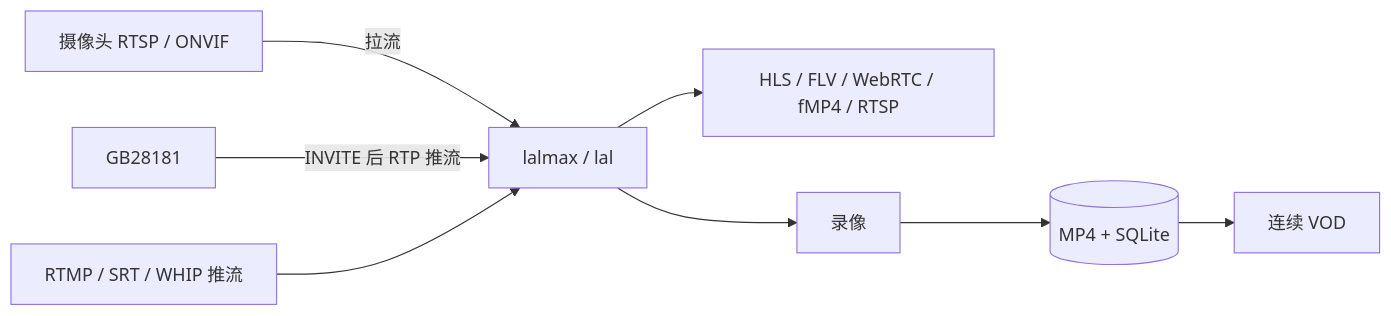
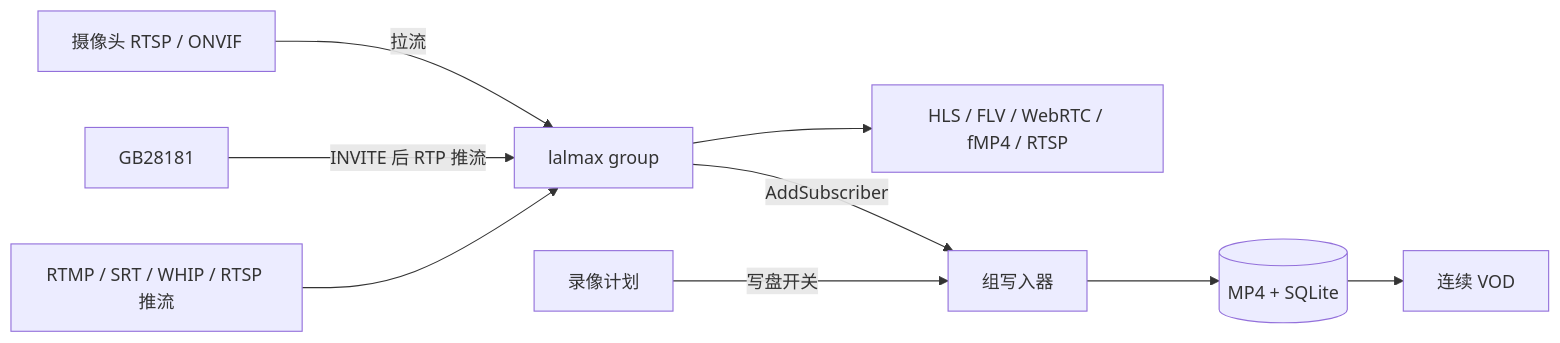
Before and after one commit to lalmax-pro/lalmax-nvr: the diagram in README.zh.md, drawn with Mermaid. The commit also changed other lines of this file and 3 other files, not shown here.

First line of the commit message:
docs: align README and architecture with the group writer

````diff
--- a/README.zh.md
+++ b/README.zh.md
@@ -36,10 +36,11 @@
 ```mermaid
 flowchart LR
-  Cam[摄像头 RTSP / ONVIF] -->|拉流| Lalmax[lalmax / lal]
-  GB[GB28181] -->|INVITE 后 RTP 推流| Lalmax
-  Push[RTMP / SRT / WHIP 推流] --> Lalmax
-  Lalmax --> Live[HLS / FLV / WebRTC / fMP4 / RTSP]
-  Lalmax --> Rec[录像]
+  Cam[摄像头 RTSP / ONVIF] -->|拉流| Group[lalmax group]
+  GB[GB28181] -->|INVITE 后 RTP 推流| Group
+  Push[RTMP / SRT / WHIP / RTSP 推流] --> Group
+  Group --> Live[HLS / FLV / WebRTC / fMP4 / RTSP]
+  Group -->|AddSubscriber| Rec[组写入器]
+  Plan[录像计划] -->|写盘开关| Rec
   Rec --> Disk[(MP4 + SQLite)]
   Disk --> VOD[连续 VOD]
 ```
````
